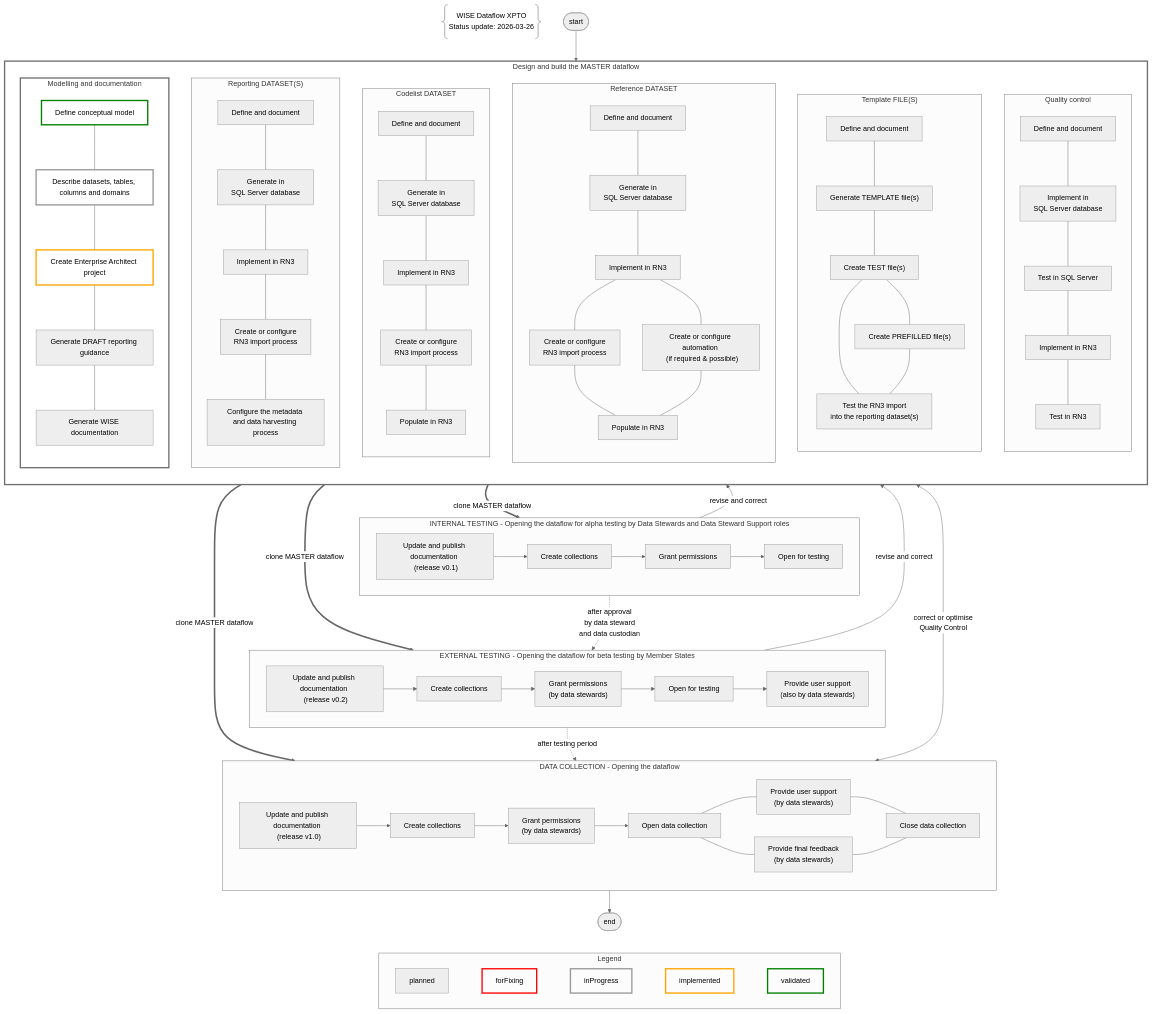
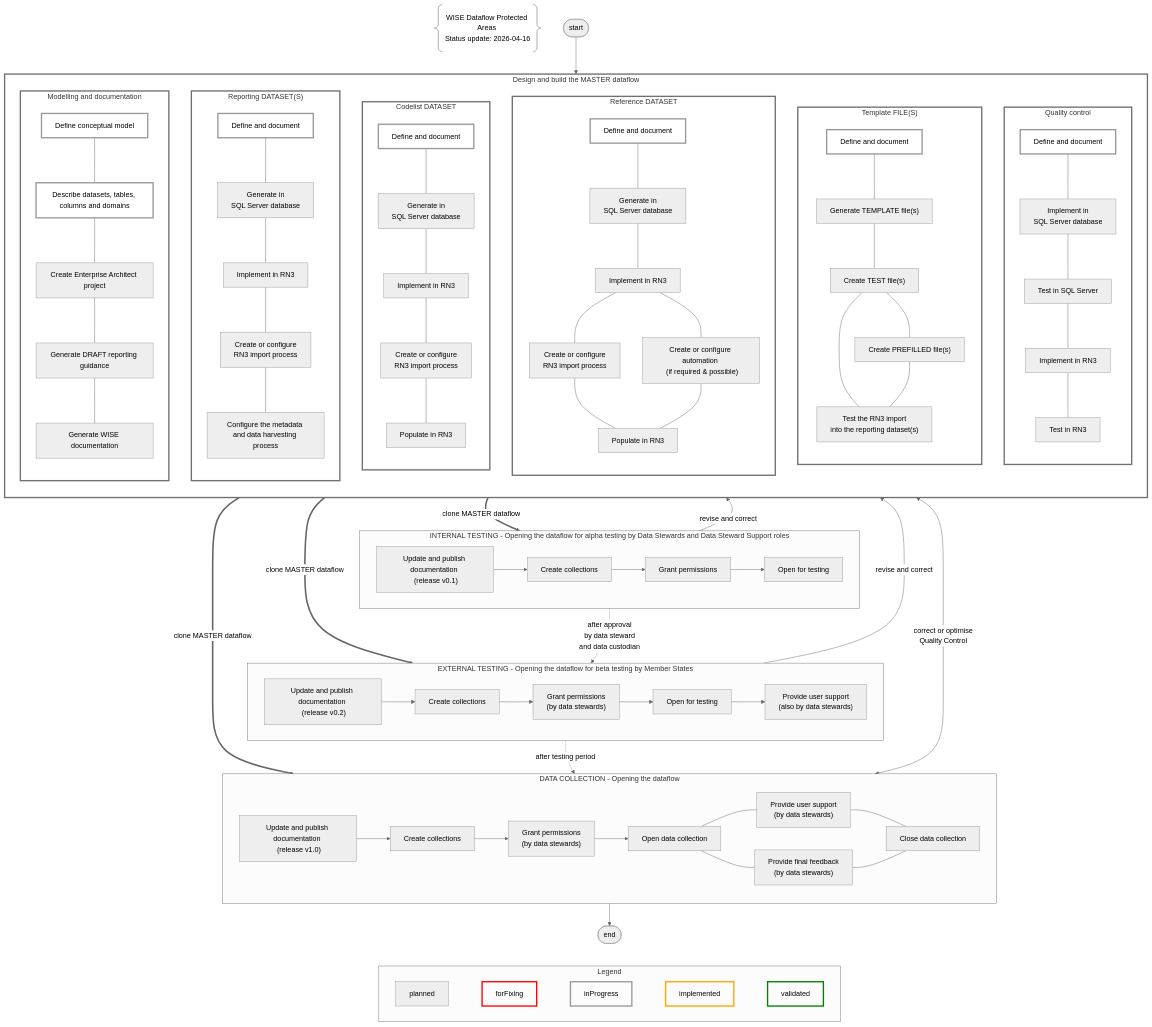
Before and after one commit to eeadata/WISE.WFD.Documentation: the first of 4 diagrams in docs/DataModelReview/ProtectedAreas4thcycle.md, drawn with Mermaid. The commit also changed 3 other files, not shown here.

````diff
--- a/docs/DataModelReview/ProtectedAreas4thcycle.md
+++ b/docs/DataModelReview/ProtectedAreas4thcycle.md
@@ -16,7 +16,7 @@
 flowchart 
 
 %% 
-title@{ shape: braces, label: "WISE Dataflow XPTO \n Status update: 2026-03-26" }
+title@{ shape: braces, label: "WISE Dataflow Protected Areas \n Status update: 2026-04-16" }
 
 %% Defining the nodes and overall flow
         
@@ -210,11 +210,20 @@
 classDef final fill:#000,stroke:#aaa,stroke-width:4px
 
 %% STATUS UPDATES
-%% 2026-03-26
+%% 2026-04-16
 class P1 inProgress
 class MD inProgress
+class RepD inProgress
+class CL inProgress
+class RefD inProgress
+class TF inProgress
+class QC inProgress
 
-class MD1 validated;
+class MD1 inProgress;
 class MD2 inProgress;
-class MD3 implemented;
+class RepD1 inProgress;
+class CL1 inProgress;
+class RefD1 inProgress;
+class TF1 inProgress;
+class QC1 inProgress;
 ```
````
